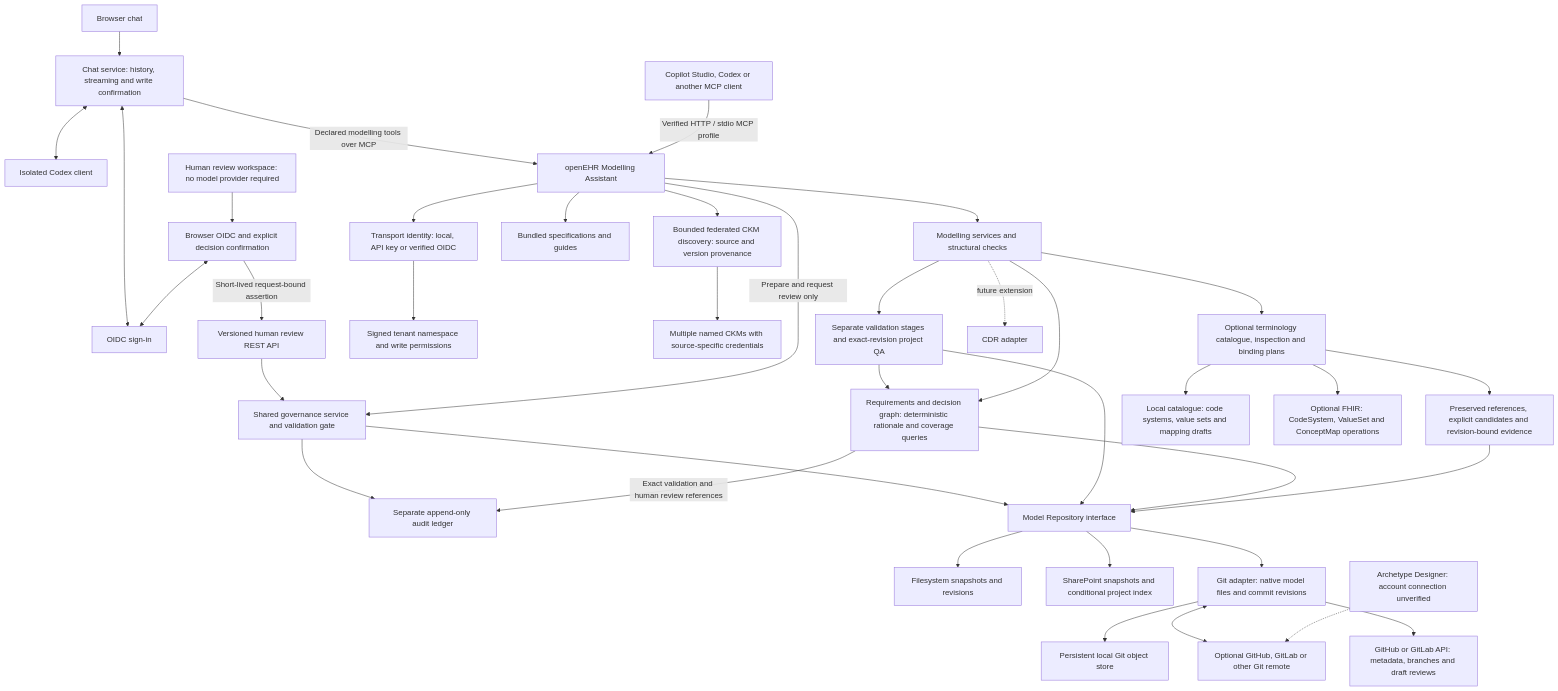
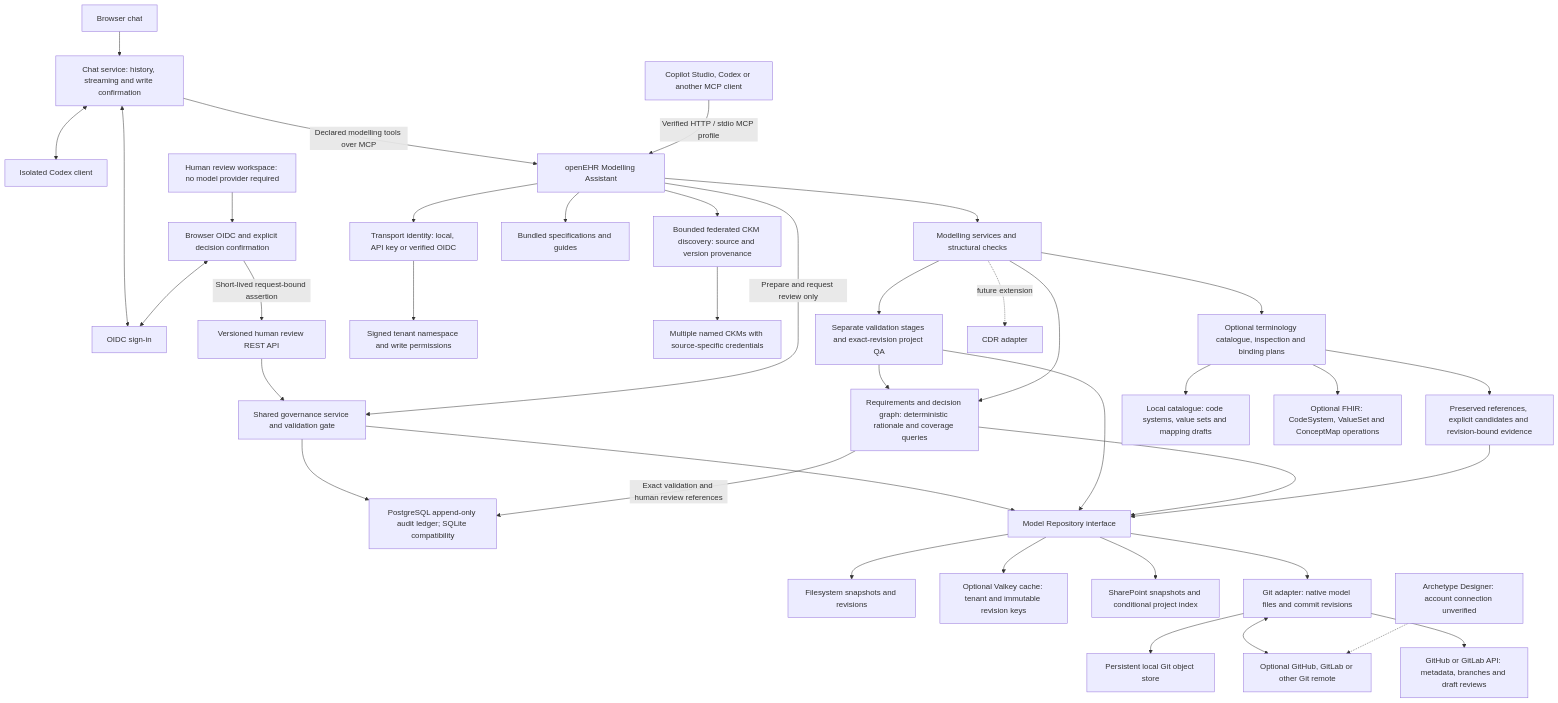
One commit to CzarMich/openehr-modelling-assistant changed the first of 2 diagrams in README.md. Above: the diagram before and after it, drawn with Mermaid. The commit also changed other lines of this file and 50 other files, not shown here.

Commit message:
feat(storage): add PostgreSQL governance and revision-scoped model cache

````diff
--- a/README.md
+++ b/README.md
@@ -100,40 +100,41 @@
 ```mermaid
 flowchart TD
     U[Browser chat] --> W[Chat service: history, streaming and write confirmation]
     W <--> I[OIDC sign-in]
     W <--> AIC[Isolated Codex client]
     W -->|Declared modelling tools over MCP| S[openEHR Modelling Assistant]
     HU[Human review workspace: no model provider required] --> HR[Browser OIDC and explicit decision confirmation]
     HR <--> I
     HR -->|Short-lived request-bound assertion| RA[Versioned human review REST API]
     RA --> GV[Shared governance service and validation gate]
     S -->|Prepare and request review only| GV
-    GV --> AU[Separate append-only audit ledger]
+    GV --> AU[PostgreSQL append-only audit ledger; SQLite compatibility]
     GV --> R
     M[Copilot Studio, Codex or another MCP client] -->|Verified HTTP / stdio MCP profile| S[openEHR Modelling Assistant]
     S --> ID[Transport identity: local, API key or verified OIDC]
     ID --> TEN[Signed tenant namespace and write permissions]
     S --> FK[Bounded federated CKM discovery: source and version provenance]
     FK --> K[Multiple named CKMs with source-specific credentials]
     S --> B[Bundled specifications and guides]
     S --> D[Modelling services and structural checks]
     D --> VQ[Separate validation stages and exact-revision project QA]
     VQ --> R[Model Repository interface]
     VQ --> TG
     D --> TG[Requirements and decision graph: deterministic rationale and coverage queries]
     TG --> R
     TG -->|Exact validation and human review references| AU
     R --> F[Filesystem snapshots and revisions]
+    R --> MC[Optional Valkey cache: tenant and immutable revision keys]
     R --> SP[SharePoint snapshots and conditional project index]
     R --> G[Git adapter: native model files and commit revisions]
     G --> O[Persistent local Git object store]
     G <--> H[Optional GitHub, GitLab or other Git remote]
     G --> HP[GitHub or GitLab API: metadata, branches and draft reviews]
     A[Archetype Designer: account connection unverified] -.-> H
     D --> T[Optional terminology catalogue, inspection and binding plans]
     T --> BP[Preserved references, explicit candidates and revision-bound evidence]
     BP --> R
     T --> L[Local catalogue: code systems, value sets and mapping drafts]
     T --> E[Optional FHIR: CodeSystem, ValueSet and ConceptMap operations]
     D -. future extension .-> C[CDR adapter]
 ```
````
